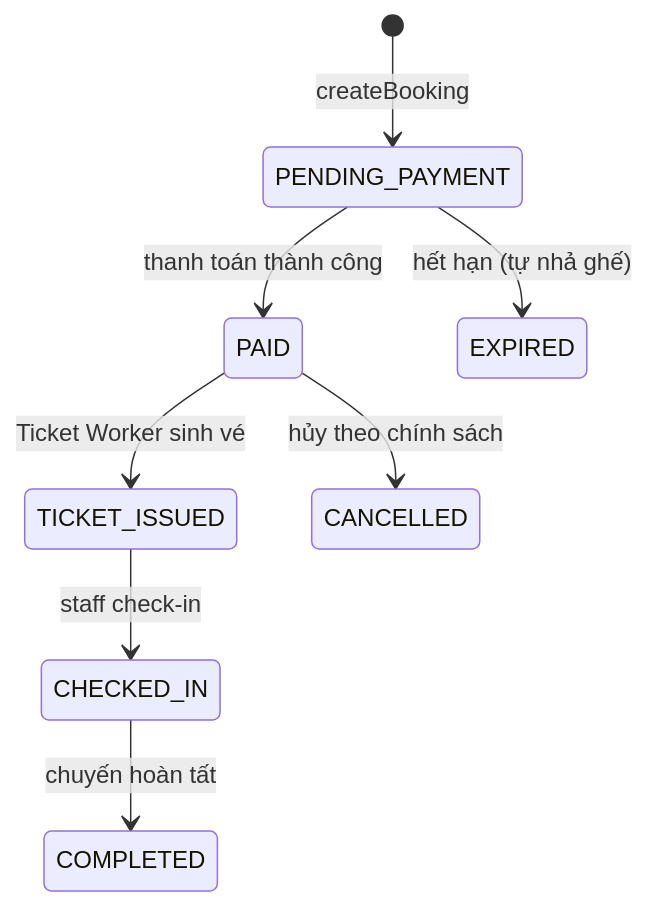
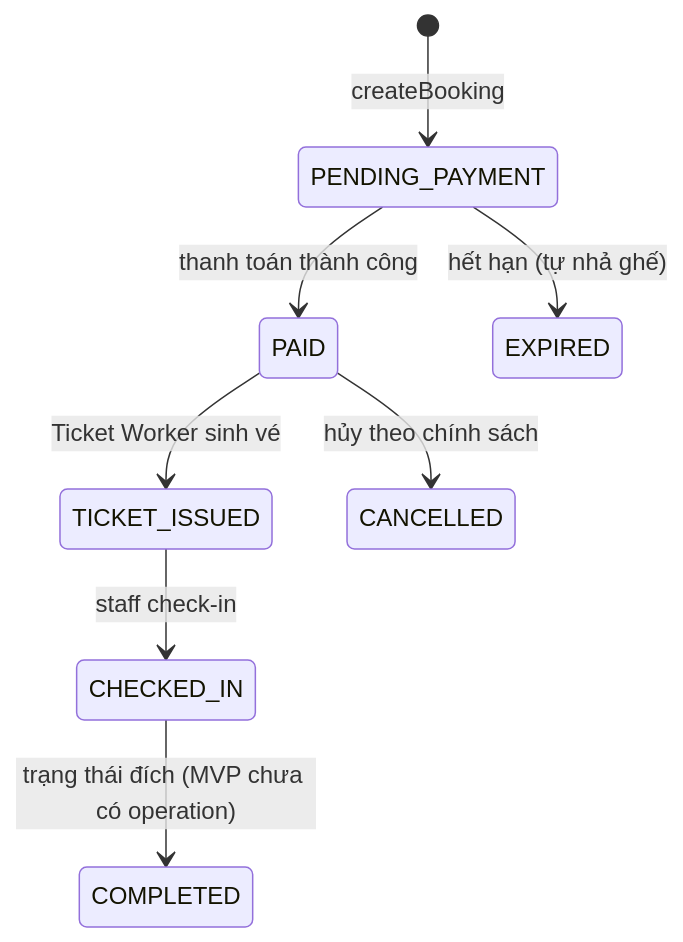
Before and after one commit to bruce184/ai-bus-booking-system: the third of 3 diagrams in docs/TEAM_OVERVIEW.md, drawn with Mermaid. The commit also changed other lines of this file and 6 other files, not shown here.

````diff
--- a/docs/TEAM_OVERVIEW.md
+++ b/docs/TEAM_OVERVIEW.md
@@ -99,10 +101,10 @@
 ```mermaid
 stateDiagram-v2
   [*] --> PENDING_PAYMENT: createBooking
   PENDING_PAYMENT --> PAID: thanh toán thành công
   PENDING_PAYMENT --> EXPIRED: hết hạn (tự nhả ghế)
   PAID --> TICKET_ISSUED: Ticket Worker sinh vé
   PAID --> CANCELLED: hủy theo chính sách
   TICKET_ISSUED --> CHECKED_IN: staff check-in
-  CHECKED_IN --> COMPLETED: chuyến hoàn tất
+  CHECKED_IN --> COMPLETED: trạng thái đích (MVP chưa có operation)
 ```
````
